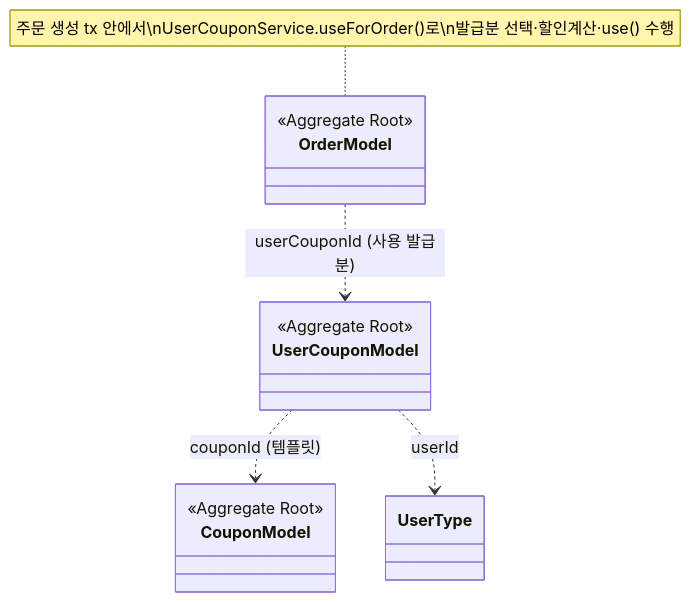
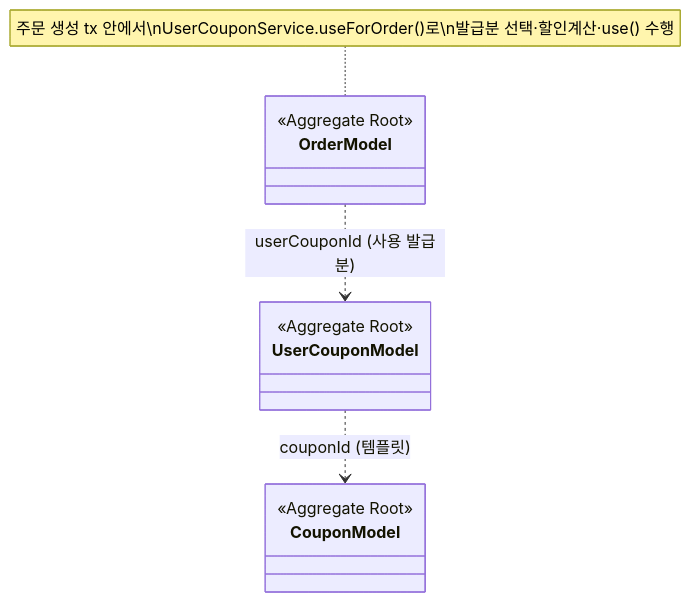
Before and after one commit to loopers-labs/loop-pack-be-l2-vol4-java: the fourth of 4 diagrams in docs/week3/03-class-diagram.md, drawn with Mermaid. The commit also changed 49 other files, not shown here.

````diff
--- a/docs/week3/03-class-diagram.md
+++ b/docs/week3/03-class-diagram.md
@@ -181,12 +181,11 @@
 ```mermaid
 classDiagram
     class CouponModel { <<Aggregate Root>> }
     class UserCouponModel { <<Aggregate Root>> }
     class OrderModel { <<Aggregate Root>> }
 
     UserCouponModel ..> CouponModel : couponId (템플릿)
     OrderModel ..> UserCouponModel : userCouponId (사용 발급분)
-    UserCouponModel ..> UserType : userId
 
     note for OrderModel "주문 생성 tx 안에서\nUserCouponService.useForOrder()로\n발급분 선택·할인계산·use() 수행"
 ```
````
